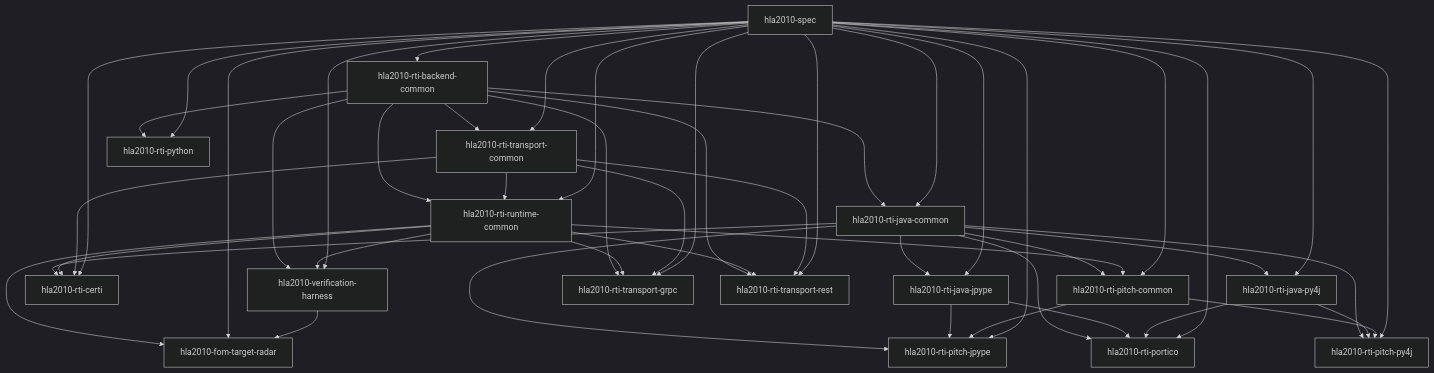
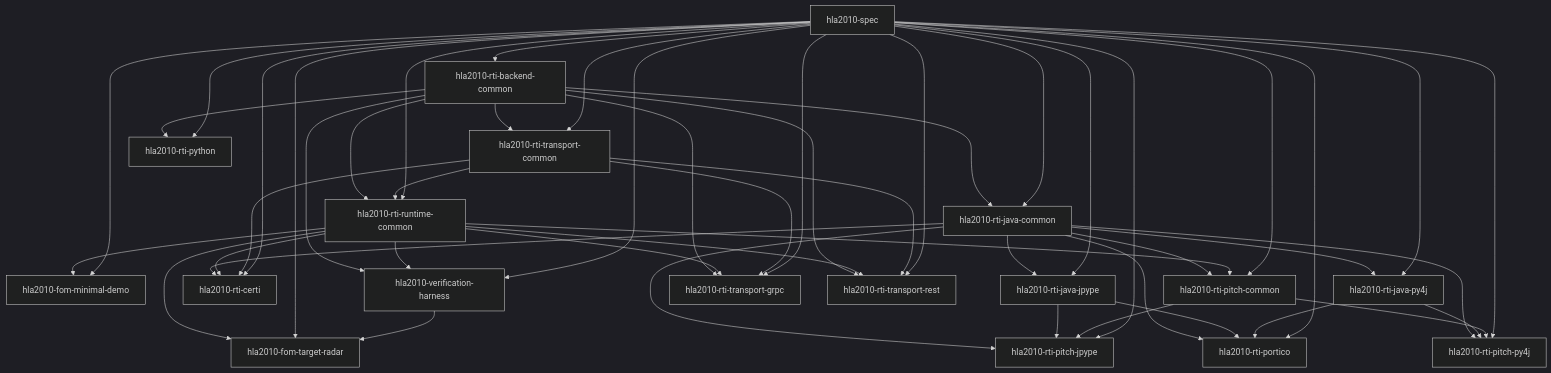
One commit to sheepfling/sturdy-broccoli changed the diagram in docs/package_dependency_tree.md. Above: the diagram before and after it, drawn with Mermaid (dark theme). The commit also changed other lines of this file and 154 other files, not shown here.

````diff
--- a/docs/package_dependency_tree.md
+++ b/docs/package_dependency_tree.md
@@ -50,51 +38,53 @@
 ```mermaid
 graph TD
+    hla2010_rti_runtime_common[hla2010-rti-runtime-common] --> hla2010_fom_minimal_demo[hla2010-fom-minimal-demo]
+    hla2010_spec[hla2010-spec] --> hla2010_fom_minimal_demo[hla2010-fom-minimal-demo]
     hla2010_rti_runtime_common[hla2010-rti-runtime-common] --> hla2010_fom_target_radar[hla2010-fom-target-radar]
     hla2010_spec[hla2010-spec] --> hla2010_fom_target_radar[hla2010-fom-target-radar]
     hla2010_verification_harness[hla2010-verification-harness] --> hla2010_fom_target_radar[hla2010-fom-target-radar]
     hla2010_spec[hla2010-spec] --> hla2010_rti_backend_common[hla2010-rti-backend-common]
     hla2010_rti_java_common[hla2010-rti-java-common] --> hla2010_rti_certi[hla2010-rti-certi]
     hla2010_rti_runtime_common[hla2010-rti-runtime-common] --> hla2010_rti_certi[hla2010-rti-certi]
     hla2010_rti_transport_common[hla2010-rti-transport-common] --> hla2010_rti_certi[hla2010-rti-certi]
     hla2010_spec[hla2010-spec] --> hla2010_rti_certi[hla2010-rti-certi]
     hla2010_rti_backend_common[hla2010-rti-backend-common] --> hla2010_rti_java_common[hla2010-rti-java-common]
     hla2010_spec[hla2010-spec] --> hla2010_rti_java_common[hla2010-rti-java-common]
     hla2010_rti_java_common[hla2010-rti-java-common] --> hla2010_rti_java_jpype[hla2010-rti-java-jpype]
     hla2010_spec[hla2010-spec] --> hla2010_rti_java_jpype[hla2010-rti-java-jpype]
     hla2010_rti_java_common[hla2010-rti-java-common] --> hla2010_rti_java_py4j[hla2010-rti-java-py4j]
     hla2010_spec[hla2010-spec] --> hla2010_rti_java_py4j[hla2010-rti-java-py4j]
     hla2010_rti_java_common[hla2010-rti-java-common] --> hla2010_rti_pitch_common[hla2010-rti-pitch-common]
     hla2010_rti_runtime_common[hla2010-rti-runtime-common] --> hla2010_rti_pitch_common[hla2010-rti-pitch-common]
     hla2010_spec[hla2010-spec] --> hla2010_rti_pitch_common[hla2010-rti-pitch-common]
     hla2010_rti_java_common[hla2010-rti-java-common] --> hla2010_rti_pitch_jpype[hla2010-rti-pitch-jpype]
     hla2010_rti_java_jpype[hla2010-rti-java-jpype] --> hla2010_rti_pitch_jpype[hla2010-rti-pitch-jpype]
     hla2010_rti_pitch_common[hla2010-rti-pitch-common] --> hla2010_rti_pitch_jpype[hla2010-rti-pitch-jpype]
     hla2010_spec[hla2010-spec] --> hla2010_rti_pitch_jpype[hla2010-rti-pitch-jpype]
     hla2010_rti_java_common[hla2010-rti-java-common] --> hla2010_rti_pitch_py4j[hla2010-rti-pitch-py4j]
     hla2010_rti_java_py4j[hla2010-rti-java-py4j] --> hla2010_rti_pitch_py4j[hla2010-rti-pitch-py4j]
     hla2010_rti_pitch_common[hla2010-rti-pitch-common] --> hla2010_rti_pitch_py4j[hla2010-rti-pitch-py4j]
     hla2010_spec[hla2010-spec] --> hla2010_rti_pitch_py4j[hla2010-rti-pitch-py4j]
     hla2010_rti_java_common[hla2010-rti-java-common] --> hla2010_rti_portico[hla2010-rti-portico]
     hla2010_rti_java_jpype[hla2010-rti-java-jpype] --> hla2010_rti_portico[hla2010-rti-portico]
     hla2010_rti_java_py4j[hla2010-rti-java-py4j] --> hla2010_rti_portico[hla2010-rti-portico]
     hla2010_spec[hla2010-spec] --> hla2010_rti_portico[hla2010-rti-portico]
     hla2010_rti_backend_common[hla2010-rti-backend-common] --> hla2010_rti_python[hla2010-rti-python]
     hla2010_spec[hla2010-spec] --> hla2010_rti_python[hla2010-rti-python]
     hla2010_rti_backend_common[hla2010-rti-backend-common] --> hla2010_rti_runtime_common[hla2010-rti-runtime-common]
     hla2010_rti_transport_common[hla2010-rti-transport-common] --> hla2010_rti_runtime_common[hla2010-rti-runtime-common]
     hla2010_spec[hla2010-spec] --> hla2010_rti_runtime_common[hla2010-rti-runtime-common]
     hla2010_rti_backend_common[hla2010-rti-backend-common] --> hla2010_rti_transport_common[hla2010-rti-transport-common]
     hla2010_spec[hla2010-spec] --> hla2010_rti_transport_common[hla2010-rti-transport-common]
     hla2010_rti_backend_common[hla2010-rti-backend-common] --> hla2010_rti_transport_grpc[hla2010-rti-transport-grpc]
     hla2010_rti_runtime_common[hla2010-rti-runtime-common] --> hla2010_rti_transport_grpc[hla2010-rti-transport-grpc]
     hla2010_rti_transport_common[hla2010-rti-transport-common] --> hla2010_rti_transport_grpc[hla2010-rti-transport-grpc]
     hla2010_spec[hla2010-spec] --> hla2010_rti_transport_grpc[hla2010-rti-transport-grpc]
     hla2010_rti_backend_common[hla2010-rti-backend-common] --> hla2010_rti_transport_rest[hla2010-rti-transport-rest]
     hla2010_rti_runtime_common[hla2010-rti-runtime-common] --> hla2010_rti_transport_rest[hla2010-rti-transport-rest]
     hla2010_rti_transport_common[hla2010-rti-transport-common] --> hla2010_rti_transport_rest[hla2010-rti-transport-rest]
     hla2010_spec[hla2010-spec] --> hla2010_rti_transport_rest[hla2010-rti-transport-rest]
     hla2010_spec[hla2010-spec]
     hla2010_rti_backend_common[hla2010-rti-backend-common] --> hla2010_verification_harness[hla2010-verification-harness]
     hla2010_rti_runtime_common[hla2010-rti-runtime-common] --> hla2010_verification_harness[hla2010-verification-harness]
     hla2010_spec[hla2010-spec] --> hla2010_verification_harness[hla2010-verification-harness]
 ```
````
